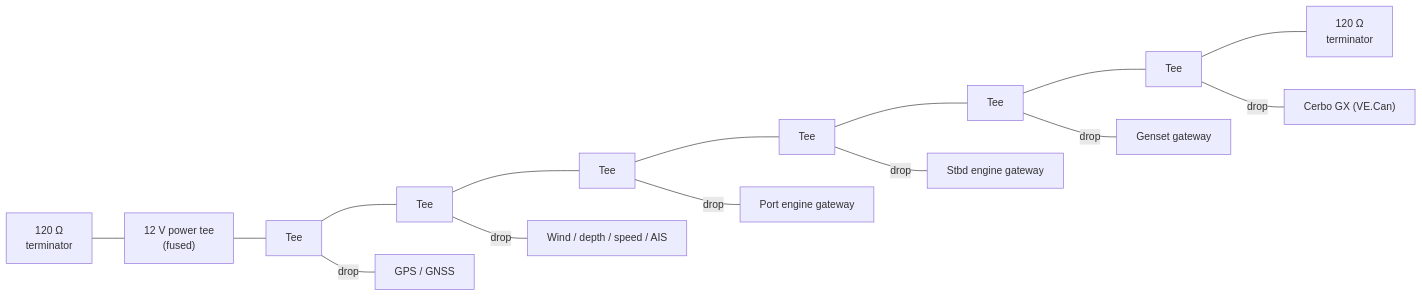
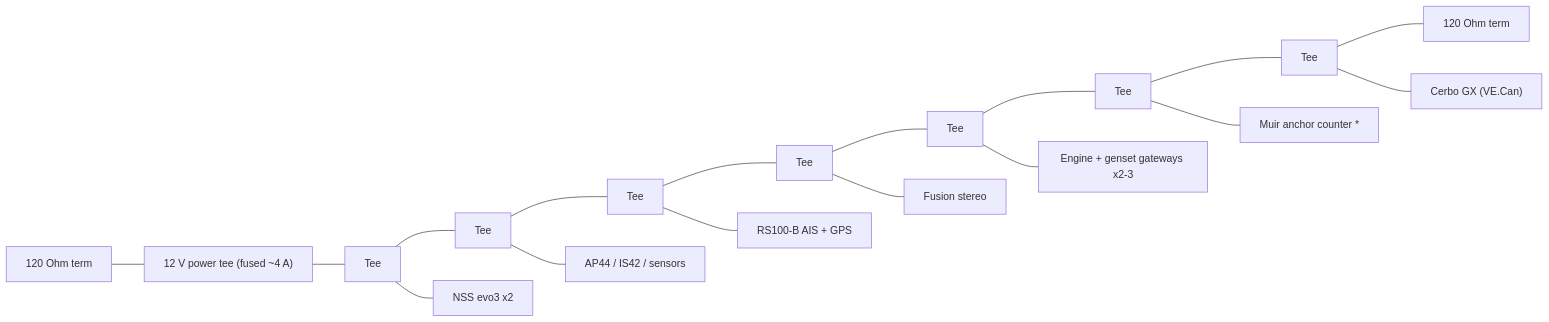
Before and after one commit to dblenkins-222/Claude-: the second of 4 diagrams in docs/wiring-diagram.md, drawn with Mermaid. The commit also changed other lines of this file and 1 other file, not shown here.

First line of the commit message:
Tailor wiring doc to vessel; add power one-line + bill of materials

````diff
--- a/docs/wiring-diagram.md
+++ b/docs/wiring-diagram.md
@@ -102,21 +108,14 @@
 ```mermaid
 flowchart LR
-  T1["120 Ω<br/>terminator"]
-  PWR["12 V power tee<br/>(fused)"]
-  D1["Tee"]
-  D2["Tee"]
-  D3["Tee"]
-  D4["Tee"]
-  D5["Tee"]
-  D6["Tee"]
-  T2["120 Ω<br/>terminator"]
-
-  T1 --- PWR --- D1 --- D2 --- D3 --- D4 --- D5 --- D6 --- T2
-
-  D1 ---|"drop"| GPS["GPS / GNSS"]
-  D2 ---|"drop"| INST["Wind / depth / speed / AIS"]
-  D3 ---|"drop"| PGW["Port engine gateway"]
-  D4 ---|"drop"| SGW["Stbd engine gateway"]
-  D5 ---|"drop"| GGW["Genset gateway"]
-  D6 ---|"drop"| CERBO["Cerbo GX (VE.Can)"]
+  T1["120 Ohm term"]
+  PWR["12 V power tee (fused ~4 A)"]
+  T2["120 Ohm term"]
+  T1 --- PWR --- A --- B --- C --- D --- E --- F --- G --- T2
+  A["Tee"] --- MFDs["NSS evo3 x2"]
+  B["Tee"] --- AP["AP44 / IS42 / sensors"]
+  C["Tee"] --- AIS["RS100-B AIS + GPS"]
+  D["Tee"] --- FUS["Fusion stereo"]
+  E["Tee"] --- ENG["Engine + genset gateways x2-3"]
+  F["Tee"] --- WIN["Muir anchor counter *"]
+  G["Tee"] --- CB["Cerbo GX (VE.Can)"]
 ```
````
